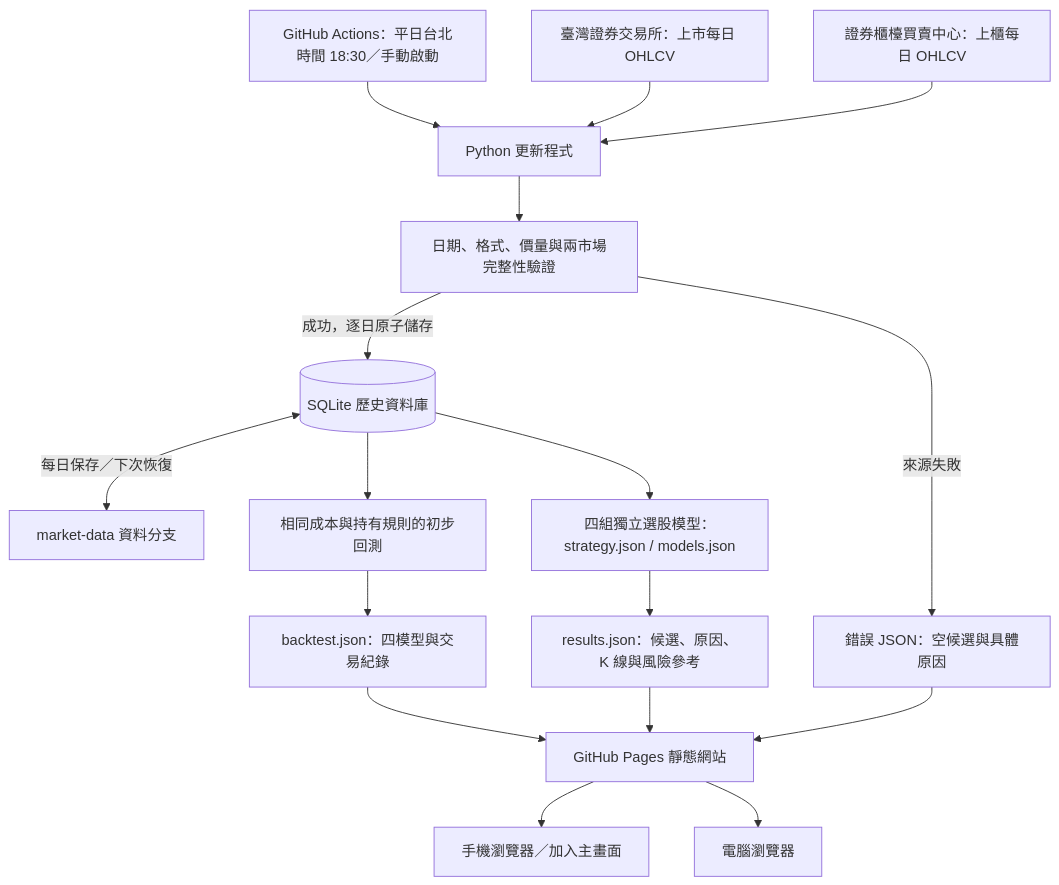
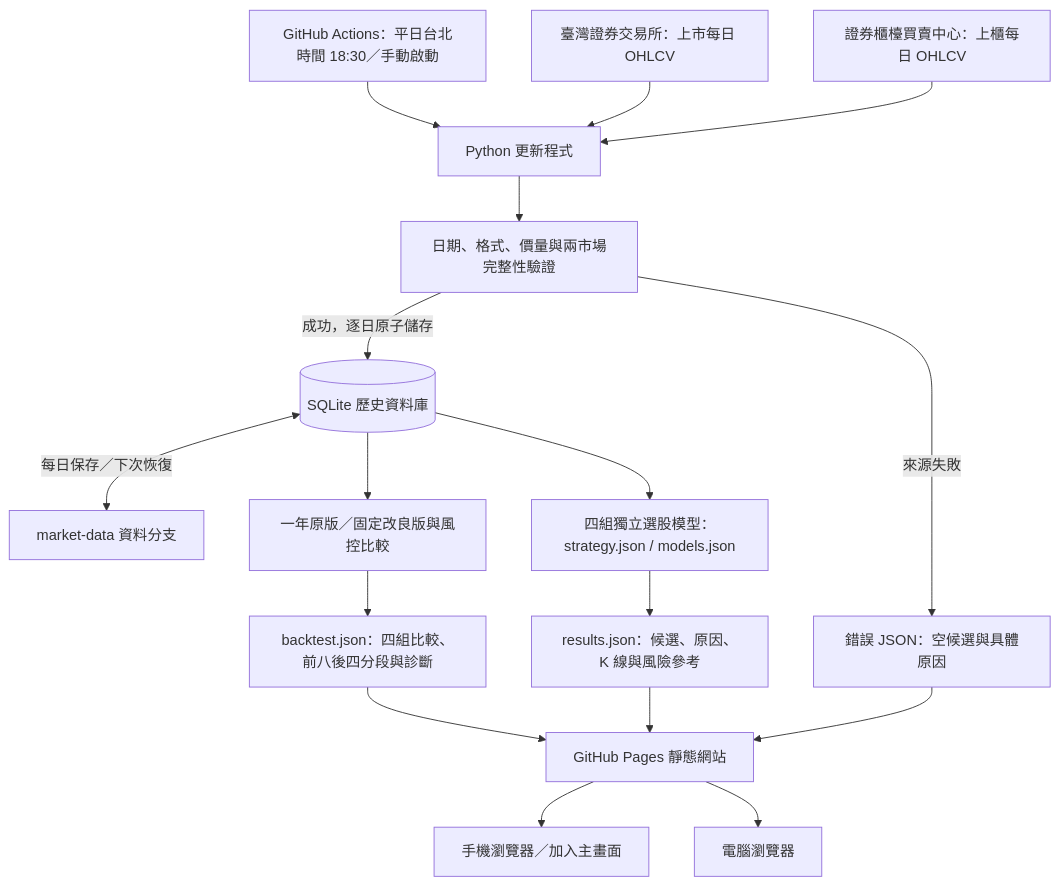
One commit to sy3dren-collab/taiwan-stock-screener changed the diagram in docs/architecture.md. Above: the diagram before and after it, drawn with Mermaid. The commit also changed other lines of this file and 23 other files, not shown here.

````diff
--- a/docs/architecture.md
+++ b/docs/architecture.md
@@ -5,19 +5,19 @@
 ```mermaid
 flowchart TD
     A[GitHub Actions：平日台北時間 18:30／手動啟動] --> B[Python 更新程式]
     T[臺灣證券交易所：上市每日 OHLCV] --> B
     O[證券櫃檯買賣中心：上櫃每日 OHLCV] --> B
     B --> C[日期、格式、價量與兩市場完整性驗證]
     C -->|成功，逐日原子儲存| D[(SQLite 歷史資料庫)]
     D <-->|每日保存／下次恢復| E[market-data 資料分支]
     D --> F[四組獨立選股模型：strategy.json / models.json]
-    D --> L[相同成本與持有規則的初步回測]
-    L --> M[backtest.json：四模型與交易紀錄]
+    D --> L[一年原版／固定改良版與風控比較]
+    L --> M[backtest.json：四組比較、前八後四分段與診斷]
     M --> I
     F --> G[results.json：候選、原因、K 線與風險參考]
     C -->|來源失敗| H[錯誤 JSON：空候選與具體原因]
     G --> I[GitHub Pages 靜態網站]
     H --> I
     I --> J[手機瀏覽器／加入主畫面]
     I --> K[電腦瀏覽器]
 ```
````
